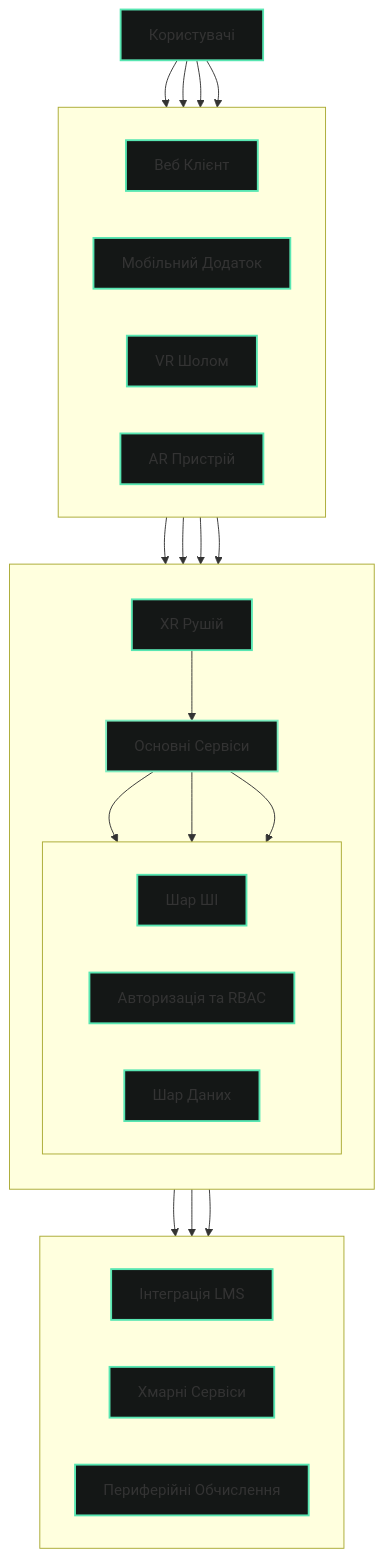
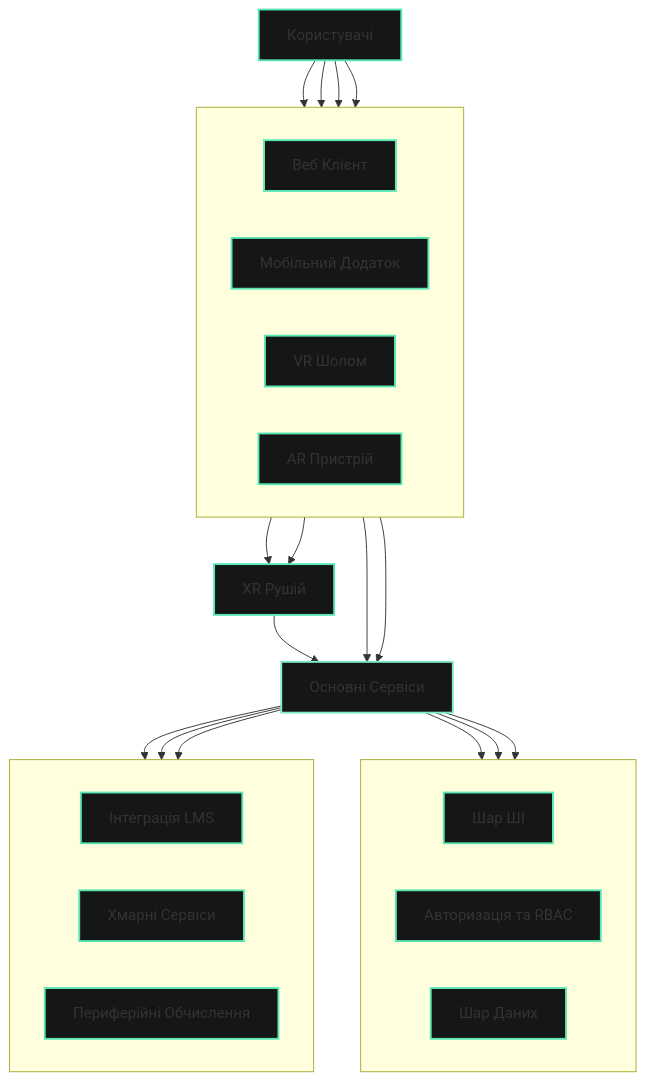
One commit to ivmarch/geniverse-docs changed the diagram in i18n/uk/docusaurus-plugin-content-docs/current/overview.md. Above: the diagram before and after it, drawn with Mermaid. The commit also changed 3 other files, not shown here.

Commit message:
Refactor System Architecture diagram: move External Services to bottom, increase text size and spacing

````diff
--- a/i18n/uk/docusaurus-plugin-content-docs/current/overview.md
+++ b/i18n/uk/docusaurus-plugin-content-docs/current/overview.md
@@ -131,64 +131,61 @@
 ```mermaid
 graph TB
     User[Користувачі]
     
     subgraph UI[" "]
         direction LR
         Web[Веб Клієнт]
         Mobile[Мобільний Додаток]
         VR[VR Шолом]
         AR[AR Пристрій]
     end
     
-    subgraph Platform[" "]
-        direction TB
-        Core[Основні Сервіси]
-        
-        subgraph PlatformServices[" "]
-            direction LR
-            AI[Шар ШІ]
-            Auth[Авторизація та RBAC]
-            Data[Шар Даних]
-        end
-        
-        XR[XR Рушій]
+    Core[Основні Сервіси]
+    
+    subgraph PlatformServices[" "]
+        direction LR
+        AI[Шар ШІ]
+        Auth[Авторизація та RBAC]
+        Data[Шар Даних]
     end
+    
+    XR[XR Рушій]
     
     subgraph External[" "]
         direction LR
         LMS[Інтеграція LMS]
         Cloud[Хмарні Сервіси]
         Edge[Периферійні Обчислення]
     end
     
     User --> Web
     User --> Mobile
     User --> VR
     User --> AR
     
     Web --> Core
     Mobile --> Core
     VR --> XR
     AR --> XR
     
     XR --> Core
     Core --> AI
     Core --> Auth
     Core --> Data
     
     Core --> LMS
     Core --> Cloud
     Core --> Edge
     
     classDef userClass fill:#141716,stroke:#58E6B2,stroke-width:2px
     classDef uiClass fill:#141716,stroke:#58E6B2,stroke-width:2px
     classDef coreClass fill:#141716,stroke:#7CECBF,stroke-width:2px
     classDef platformClass fill:#141716,stroke:#58E6B2,stroke-width:2px
     classDef externalClass fill:#141716,stroke:#58E6B2,stroke-width:2px
     
     class User userClass
     class Web,Mobile,VR,AR uiClass
     class Core coreClass
     class AI,Auth,Data,XR platformClass
     class LMS,Cloud,Edge externalClass
 ```
````
